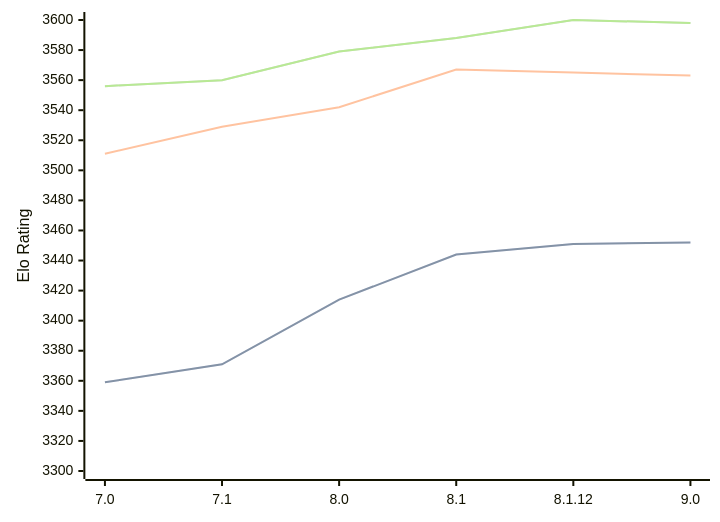
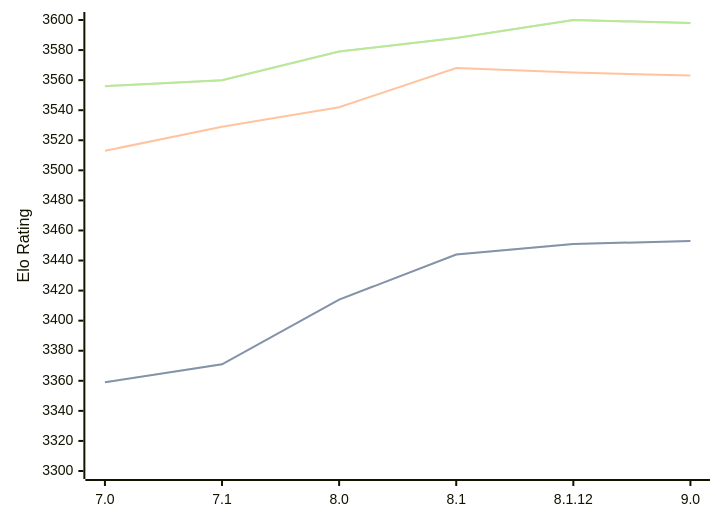
The diagram in engines/Alexandria.md (computer-chess-index/cci), drawn with Mermaid before and after one commit. The commit also changed other lines of this file, not shown here.

````diff
--- a/engines/Alexandria.md
+++ b/engines/Alexandria.md
@@ -55,11 +55,11 @@
 ```mermaid
 %%{init: {"theme":"base","themeVariables":{"seriesColors:['#a3a3a3','#222221','#faa371']}}}%%
 xychart-beta
   x-axis ["7.0", "7.1", "8.0", "8.1", "8.1.12", "9.0"]
   y-axis "Elo Rating" 3300 --> 3600
-  line "STC (8.0+0.08s)" [3359, 3371, 3414, 3444, 3451, 3452]
-  line "STC (8.0+0.08s)" [3359, 3371, 3414, 3444, 3451, 3452]
-  line "LTC (60.0+0.60s)" [3511, 3529, 3542, 3567, 3565, 3563]
+  line "STC (8.0+0.08s)" [3359, 3371, 3414, 3444, 3451, 3453]
+  line "STC (8.0+0.08s)" [3359, 3371, 3414, 3444, 3451, 3453]
+  line "LTC (60.0+0.60s)" [3513, 3529, 3542, 3568, 3565, 3563]
   line "VLTC (2m24s+1.12s)" [3556, 3560, 3579, 3588, 3600, 3598]
   line "VLTC (2m24s+1.12s)" [3556, 3560, 3579, 3588, 3600, 3598]
 ```
````
